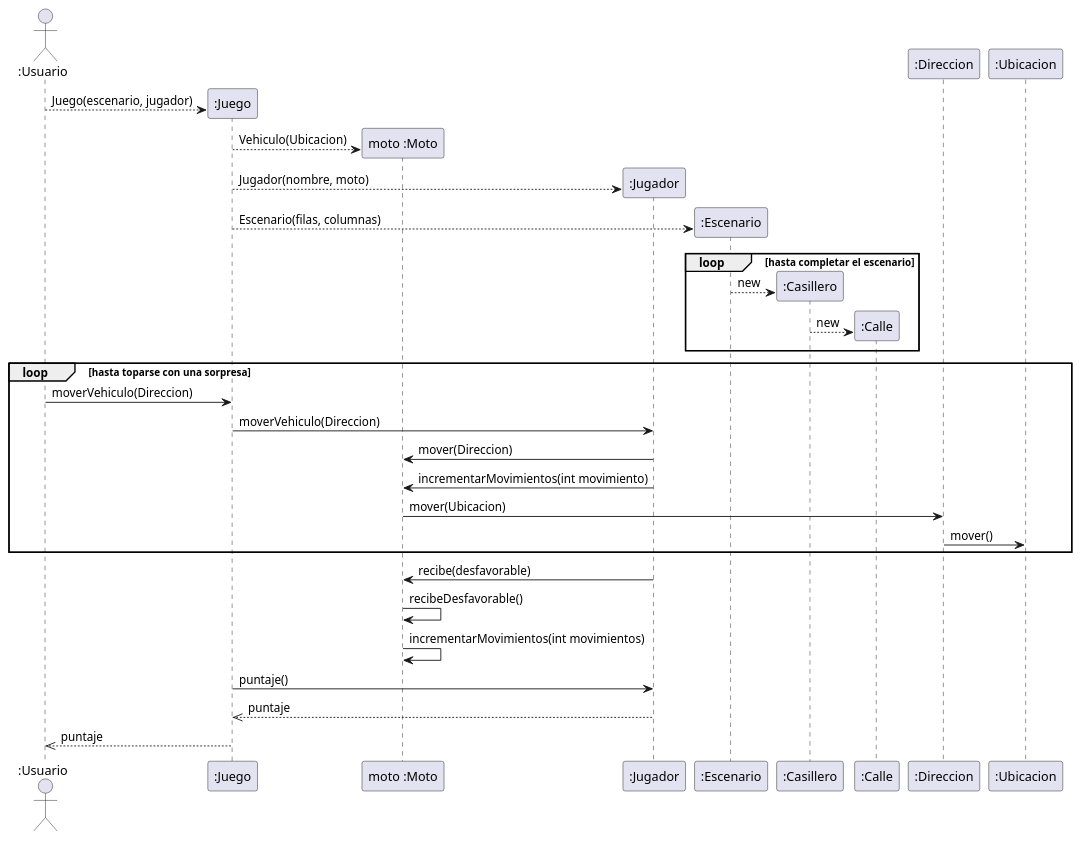
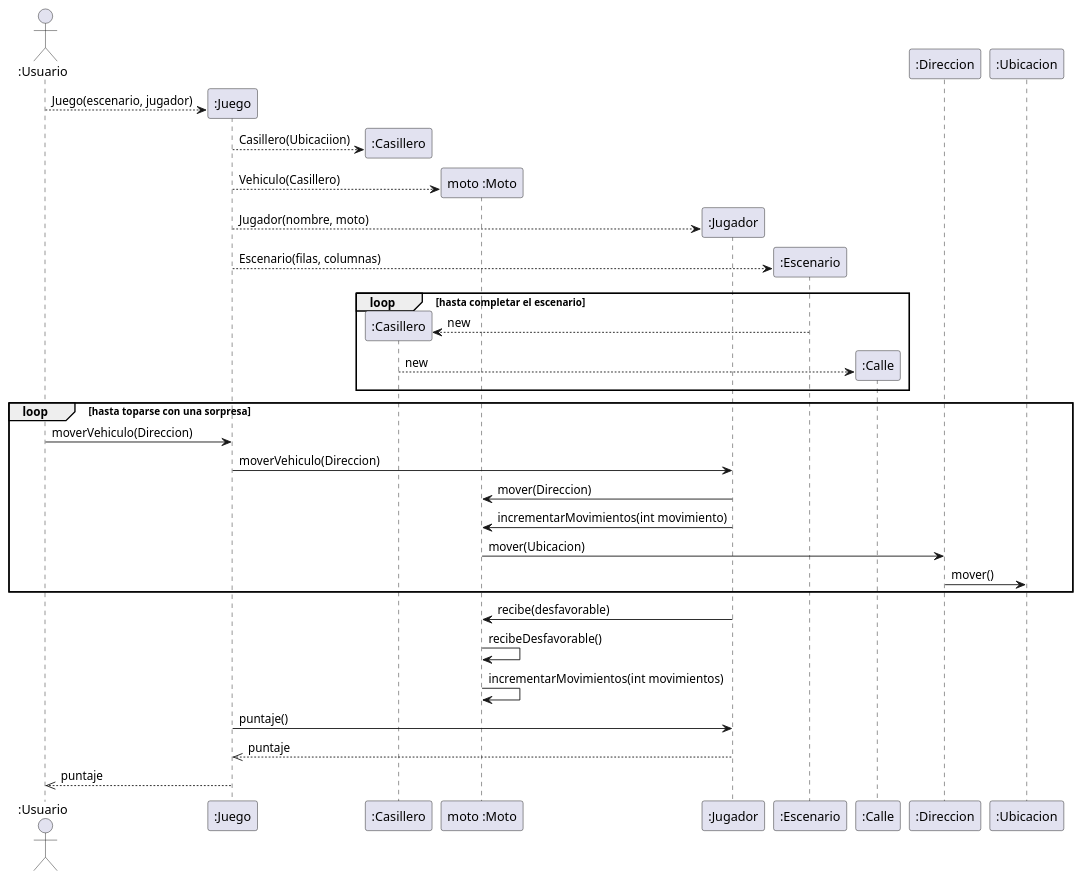
Before and after one commit to JorgeSedek/algo3_tp2: the diagram in diagrams/sequences/Entrega2/UnaMotoSeMuevePorLaCiudad12VecesYSeEncuentraUnaSorpresaDesfavorableDeberiaTener14Movimientos.puml, drawn with PlantUML. The commit also changed 9 other files, not shown here.

Commit message:
Modificar los diagramas de secuencia para estar igual a la implementacion

```diff
--- a/diagrams/sequences/Entrega2/UnaMotoSeMuevePorLaCiudad12VecesYSeEncuentraUnaSorpresaDesfavorableDeberiaTener14Movimientos.puml
+++ b/diagrams/sequences/Entrega2/UnaMotoSeMuevePorLaCiudad12VecesYSeEncuentraUnaSorpresaDesfavorableDeberiaTener14Movimientos.puml
@@ -1,44 +1,47 @@
 @startuml
 'https://plantuml.com/sequence-diagram
 actor ":Usuario"
 create ":Juego"
 ":Usuario" --> ":Juego" : Juego(escenario, jugador)
 
+create ":Casillero"
+":Juego" --> ":Casillero" : Casillero(Ubicaciion)
+
 create "moto :Moto"
-":Juego" --> "moto :Moto" : Vehiculo(Ubicacion)
+":Juego" --> "moto :Moto" : Vehiculo(Casillero)
 
 create ":Jugador"
 ":Juego" --> ":Jugador" : Jugador(nombre, moto)
 
 create ":Escenario"
 ":Juego" --> ":Escenario" : Escenario(filas, columnas)
 
 loop hasta completar el escenario
 create ":Casillero"
 ":Escenario" --> ":Casillero" : new
 
 create ":Calle"
 ":Casillero" --> ":Calle" : new
 end
 
 loop hasta toparse con una sorpresa
 ":Usuario" -> ":Juego" : moverVehiculo(Direccion)
 ":Juego" -> ":Jugador" : moverVehiculo(Direccion)
 
 ":Jugador" -> "moto :Moto" : mover(Direccion)
 ":Jugador" -> "moto :Moto" : incrementarMovimientos(int movimiento)
 
 "moto :Moto" -> ":Direccion" : mover(Ubicacion)
 ":Direccion" -> ":Ubicacion" : mover()
 end
 
 ":Jugador" -> "moto :Moto" : recibe(desfavorable)
 "moto :Moto" -> "moto :Moto" : recibeDesfavorable()
 "moto :Moto" -> "moto :Moto" : incrementarMovimientos(int movimientos)
 
 
 ":Juego" -> ":Jugador" : puntaje()
 ":Jugador" -->> ":Juego" : puntaje
 
 ":Juego" -->> ":Usuario" : puntaje
 @enduml
```
